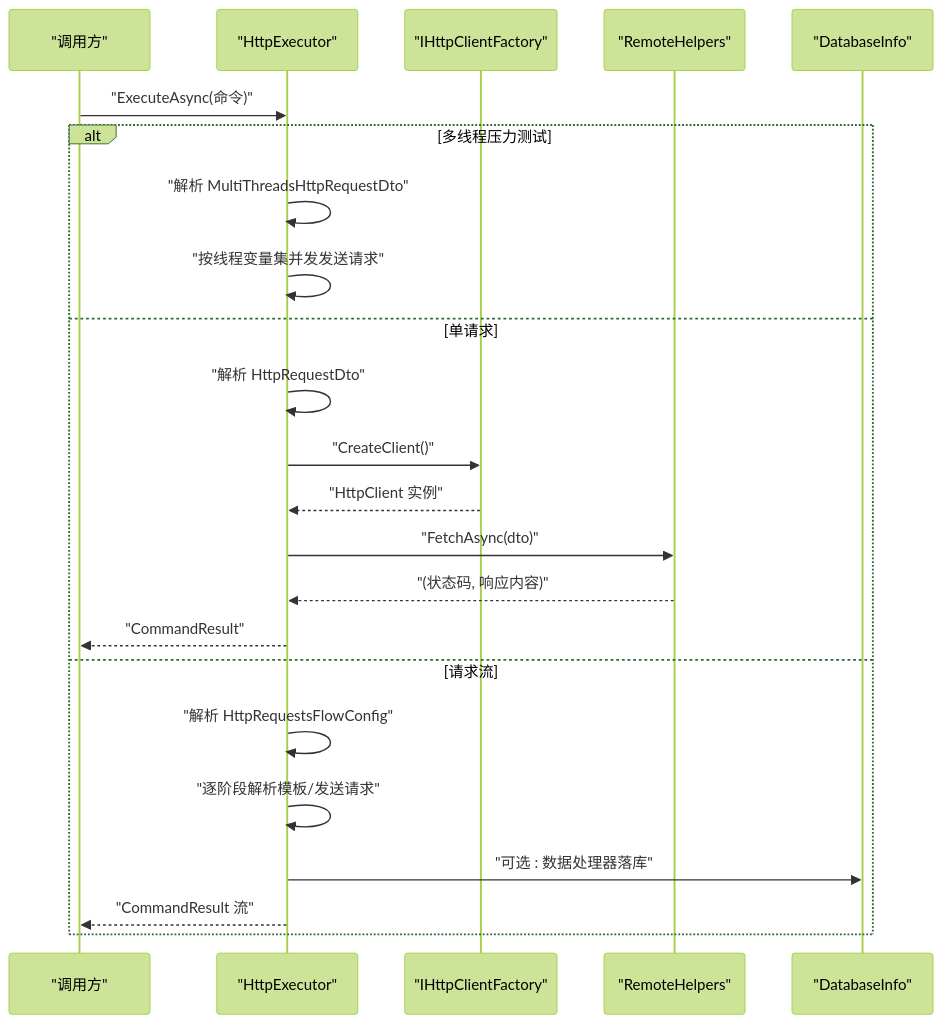
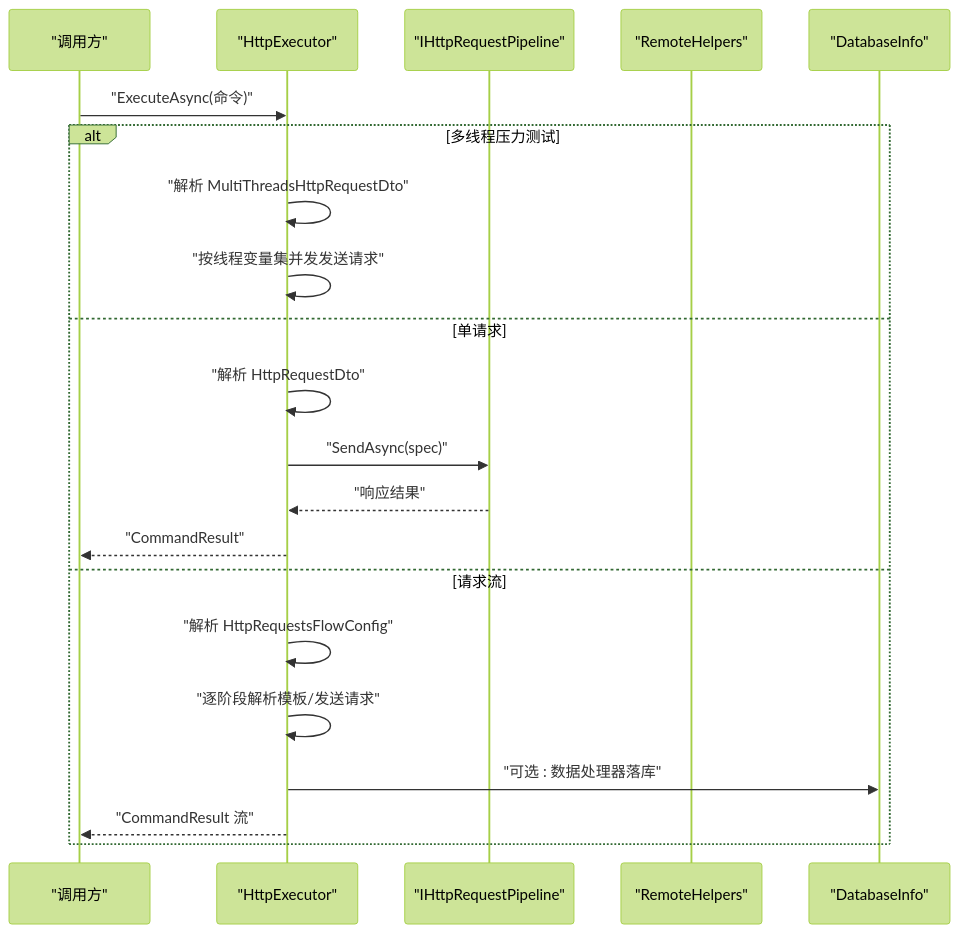
One commit to Sosososolong/AirGo changed the sixth of 8 diagrams in .qoder/repowiki/zh/content/工具库详解/命令执行器.md. Above: the diagram before and after it, drawn with Mermaid (forest theme). The commit also changed other lines of this file and 13 other files, not shown here.

````diff
--- a/.qoder/repowiki/zh/content/工具库详解/命令执行器.md
+++ b/.qoder/repowiki/zh/content/工具库详解/命令执行器.md
@@ -208,25 +280,23 @@
 ```mermaid
 sequenceDiagram
 participant Caller as "调用方"
 participant HttpEx as "HttpExecutor"
-participant HttpClient as "IHttpClientFactory"
+participant Pipeline as "IHttpRequestPipeline"
 participant Remote as "RemoteHelpers"
 participant DB as "DatabaseInfo"
 Caller->>HttpEx : "ExecuteAsync(命令)"
 alt 多线程压力测试
 HttpEx->>HttpEx : "解析 MultiThreadsHttpRequestDto"
 HttpEx->>HttpEx : "按线程变量集并发发送请求"
 else 单请求
 HttpEx->>HttpEx : "解析 HttpRequestDto"
-HttpEx->>HttpClient : "CreateClient()"
-HttpClient-->>HttpEx : "HttpClient 实例"
-HttpEx->>Remote : "FetchAsync(dto)"
-Remote-->>HttpEx : "(状态码, 响应内容)"
+HttpEx->>Pipeline : "SendAsync(spec)"
+Pipeline-->>HttpEx : "响应结果"
 HttpEx-->>Caller : "CommandResult"
 else 请求流
 HttpEx->>HttpEx : "解析 HttpRequestsFlowConfig"
 HttpEx->>HttpEx : "逐阶段解析模板/发送请求"
 HttpEx->>DB : "可选 : 数据处理器落库"
 HttpEx-->>Caller : "CommandResult 流"
 end
 ```
````
